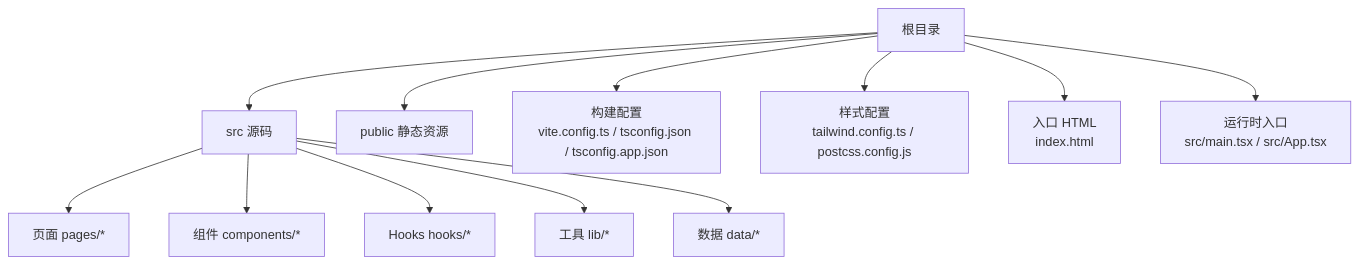
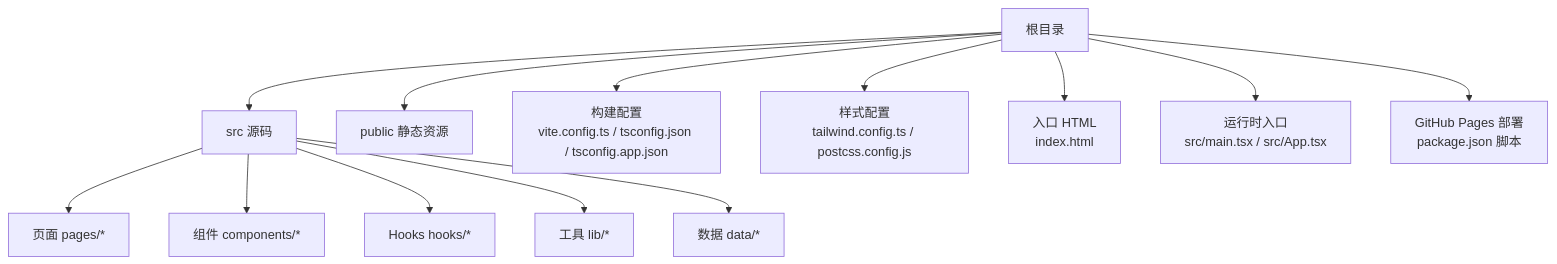
Before and after one commit to InfSky-233/B02: the first of 4 diagrams in .qoder/repowiki/zh/content/项目架构/构建配置.md, drawn with Mermaid. The commit also changed other lines of this file and 12 other files, not shown here.

````diff
--- a/.qoder/repowiki/zh/content/项目架构/构建配置.md
+++ b/.qoder/repowiki/zh/content/项目架构/构建配置.md
@@ -40,14 +48,15 @@
 ```mermaid
 graph TB
 A["根目录"] --> B["src 源码"]
 A --> C["public 静态资源"]
 A --> D["构建配置<br/>vite.config.ts / tsconfig.json / tsconfig.app.json"]
 A --> E["样式配置<br/>tailwind.config.ts / postcss.config.js"]
 A --> F["入口 HTML<br/>index.html"]
 B --> G["页面 pages/*"]
 B --> H["组件 components/*"]
 B --> I["Hooks hooks/*"]
 B --> J["工具 lib/*"]
 B --> K["数据 data/*"]
 A --> L["运行时入口<br/>src/main.tsx / src/App.tsx"]
+A --> M["GitHub Pages 部署<br/>package.json 脚本"]
 ```
````
